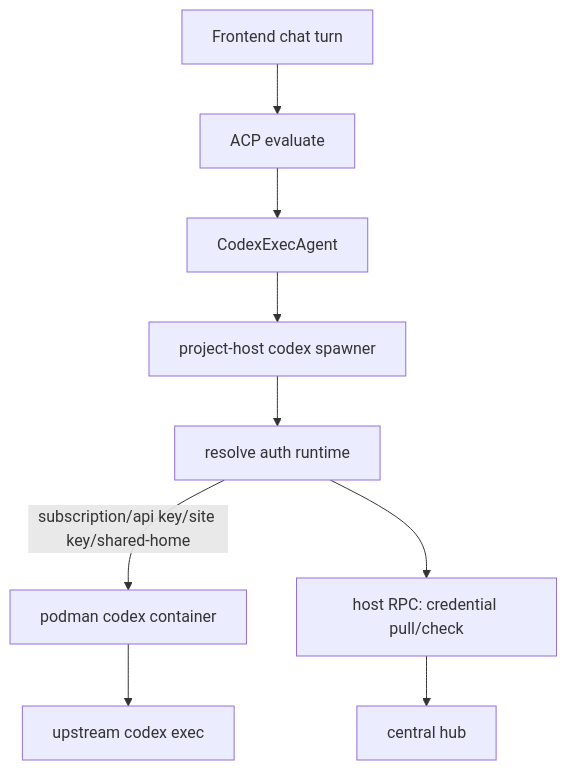
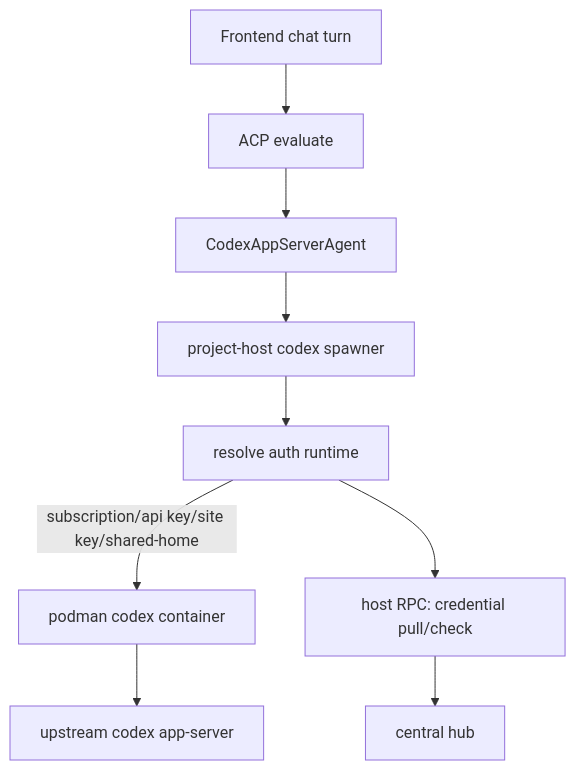
Before and after one commit to sagemathinc/cocalc-ai: the second of 2 diagrams in docs/codex-auth.md, drawn with Mermaid. The commit also changed other lines of this file and 10 other files, not shown here.

First line of the commit message:
ai/acp: remove legacy codex exec backend

````diff
--- a/docs/codex-auth.md
+++ b/docs/codex-auth.md
@@ -65,12 +65,12 @@
 ```mermaid
 flowchart TD
   FE[Frontend chat turn] --> ACP[ACP evaluate]
-  ACP --> CE[CodexExecAgent]
+  ACP --> CE[CodexAppServerAgent]
   CE --> SP[project-host codex spawner]
   SP --> AR[resolve auth runtime]
   AR -->|subscription/api key/site key/shared-home| CT[podman codex container]
-  CT --> CODEX[upstream codex exec]
+  CT --> CODEX[upstream codex app-server]
 
   AR --> REG[host RPC: credential pull/check]
   REG --> HUB[central hub]
 ```
````
